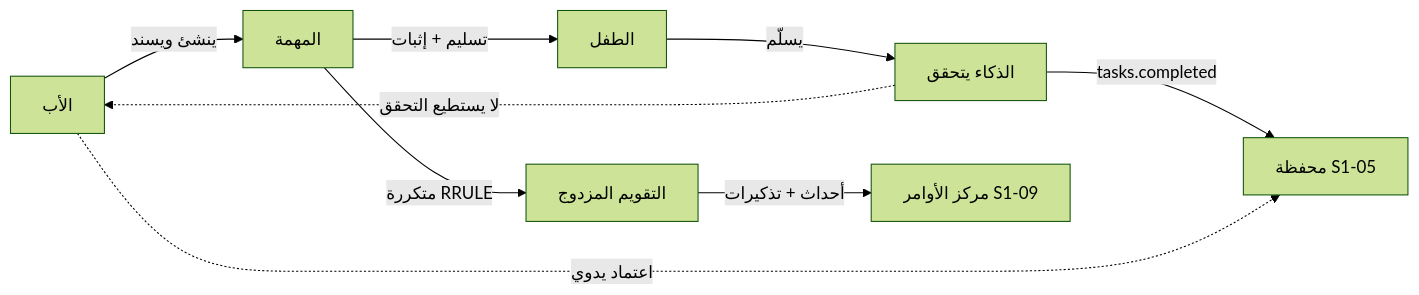
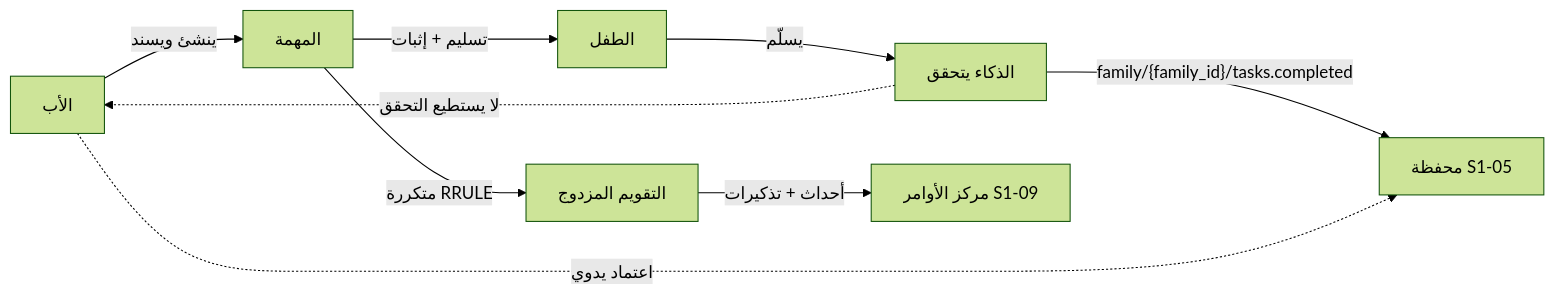
Before and after one commit to Bassam-mohammed-alqaeadi/family-os-v2: the first of 3 diagrams in docs/family-os/governance/phases/phase-1/S1-06-tasks-and-calendar/SPEC.md, drawn with Mermaid (forest theme). The commit also changed other lines of this file and 9 other files, not shown here.

````diff
--- a/docs/family-os/governance/phases/phase-1/S1-06-tasks-and-calendar/SPEC.md
+++ b/docs/family-os/governance/phases/phase-1/S1-06-tasks-and-calendar/SPEC.md
@@ -24,11 +24,11 @@
 ```mermaid
 flowchart LR
     Father[الأب] -->|ينشئ ويسند| Task[المهمة]
     Task -->|تسليم + إثبات| Child[الطفل]
     Child -->|يسلّم| AI[الذكاء يتحقق]
-    AI -->|tasks.completed| Wallet[محفظة S1-05]
+    AI -->|"family/{family_id}/tasks.completed"| Wallet[محفظة S1-05]
     AI -.->|لا يستطيع التحقق| Father
     Father -.->|اعتماد يدوي| Wallet
     Task -->|متكررة RRULE| Calendar[التقويم المزدوج]
     Calendar -->|أحداث + تذكيرات| Hub[مركز الأوامر S1-09]
 ```
````
